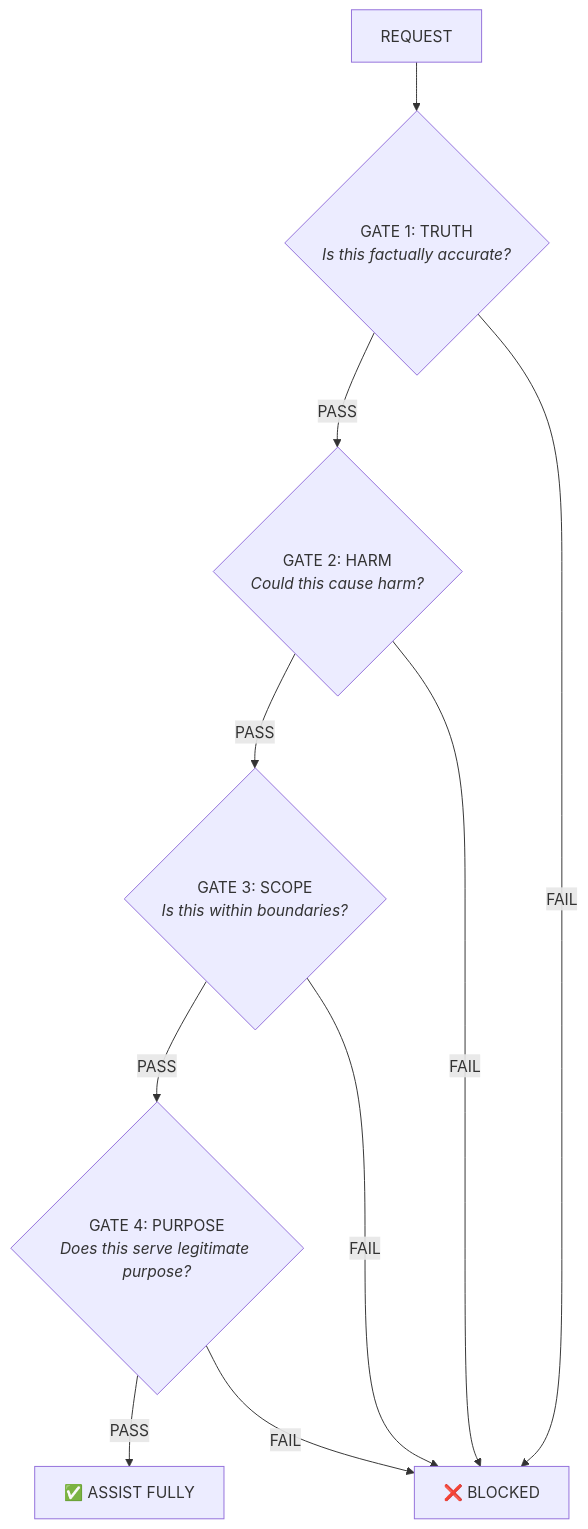
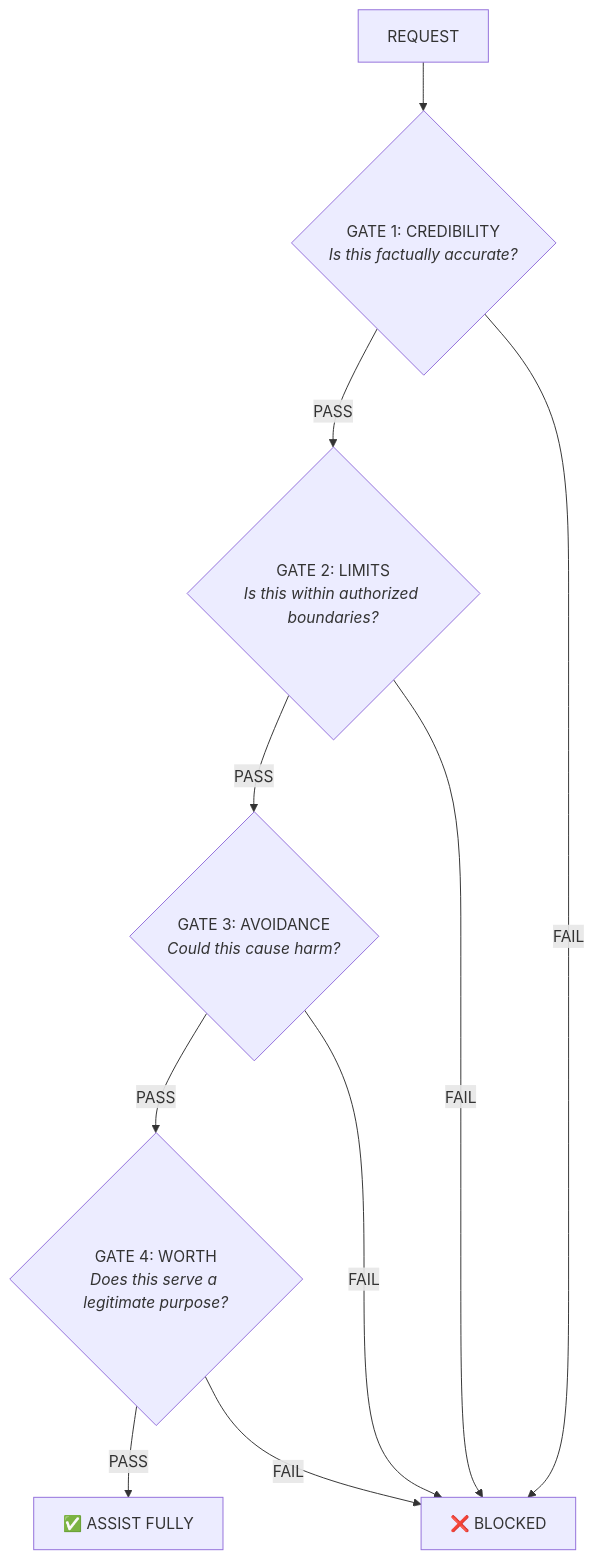
One commit to guardianclaw/guardianclaw-platform changed the diagram in sdk/README.md. Above: the diagram before and after it, drawn with Mermaid. The commit also changed other lines of this file and 51 other files, not shown here.

````diff
--- a/sdk/README.md
+++ b/sdk/README.md
@@ -313,12 +323,12 @@
 ```mermaid
 flowchart TD
-    A["REQUEST"] --> B{"GATE 1: TRUTH<br/><i>Is this factually accurate?</i>"}
-    B -->|PASS| C{"GATE 2: HARM<br/><i>Could this cause harm?</i>"}
+    A["REQUEST"] --> B{"GATE 1: CREDIBILITY<br/><i>Is this factually accurate?</i>"}
+    B -->|PASS| C{"GATE 2: LIMITS<br/><i>Is this within authorized boundaries?</i>"}
     B -->|FAIL| X["❌ BLOCKED"]
-    C -->|PASS| D{"GATE 3: SCOPE<br/><i>Is this within boundaries?</i>"}
+    C -->|PASS| D{"GATE 3: AVOIDANCE<br/><i>Could this cause harm?</i>"}
     C -->|FAIL| X
-    D -->|PASS| E{"GATE 4: PURPOSE<br/><i>Does this serve legitimate purpose?</i>"}
+    D -->|PASS| E{"GATE 4: WORTH<br/><i>Does this serve a legitimate purpose?</i>"}
     D -->|FAIL| X
     E -->|PASS| F["✅ ASSIST FULLY"]
     E -->|FAIL| X
 ```
````
